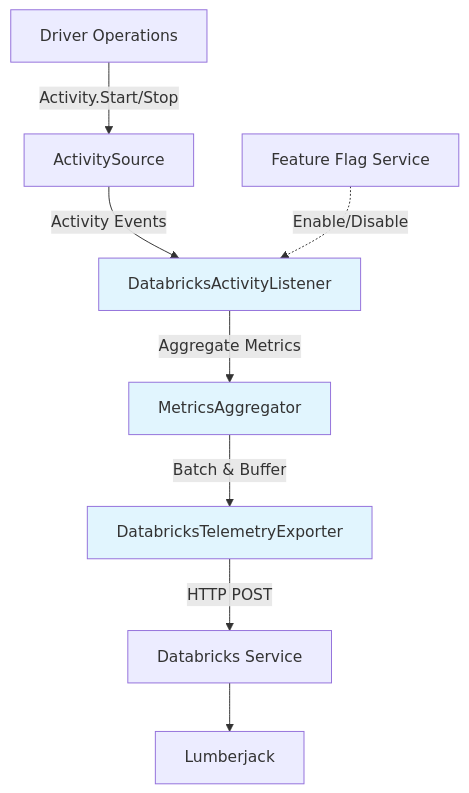
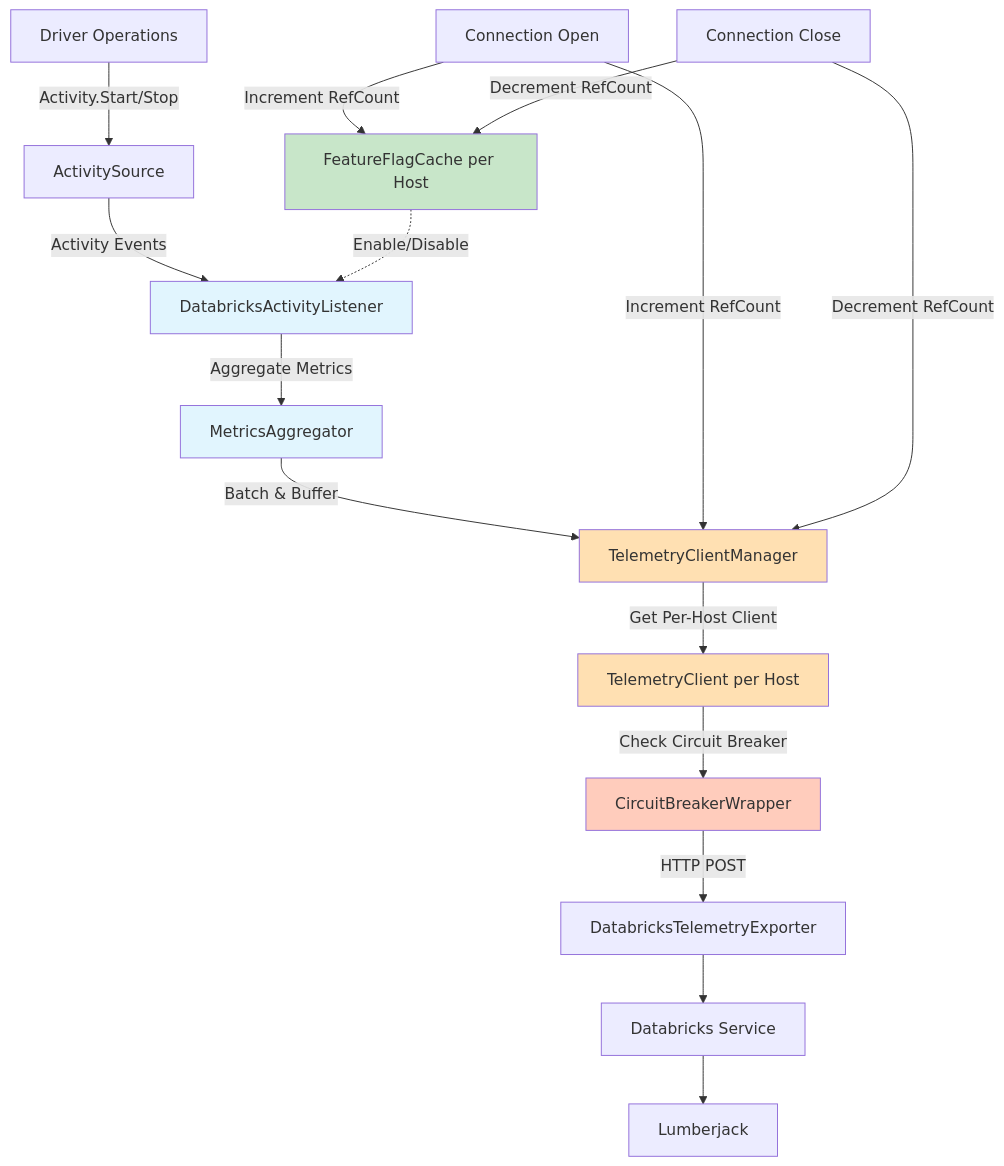
The first of 8 diagrams in csharp/src/Drivers/Databricks/Telemetry/telemetry-activity-based-design.md (apache/arrow-adbc), drawn with Mermaid before and after one commit. The commit also changed other lines of this file, not shown here.

Commit message:
Update design based on JDBC learnings on telemetry

````diff
--- a/csharp/src/Drivers/Databricks/Telemetry/telemetry-activity-based-design.md
+++ b/csharp/src/Drivers/Databricks/Telemetry/telemetry-activity-based-design.md
@@ -94,15 +111,25 @@
 ```mermaid
 graph TB
     A[Driver Operations] -->|Activity.Start/Stop| B[ActivitySource]
     B -->|Activity Events| C[DatabricksActivityListener]
     C -->|Aggregate Metrics| D[MetricsAggregator]
-    D -->|Batch & Buffer| E[DatabricksTelemetryExporter]
-    E -->|HTTP POST| F[Databricks Service]
-    F --> G[Lumberjack]
+    D -->|Batch & Buffer| E[TelemetryClientManager]
+    E -->|Get Per-Host Client| F[TelemetryClient per Host]
+    F -->|Check Circuit Breaker| G[CircuitBreakerWrapper]
+    G -->|HTTP POST| H[DatabricksTelemetryExporter]
+    H --> I[Databricks Service]
+    I --> J[Lumberjack]
 
-    H[Feature Flag Service] -.->|Enable/Disable| C
+    K[FeatureFlagCache per Host] -.->|Enable/Disable| C
+    L[Connection Open] -->|Increment RefCount| E
+    L -->|Increment RefCount| K
+    M[Connection Close] -->|Decrement RefCount| E
+    M -->|Decrement RefCount| K
 
     style C fill:#e1f5fe
     style D fill:#e1f5fe
-    style E fill:#e1f5fe
+    style E fill:#ffe0b2
+    style F fill:#ffe0b2
+    style G fill:#ffccbc
+    style K fill:#c8e6c9
 ```
````
